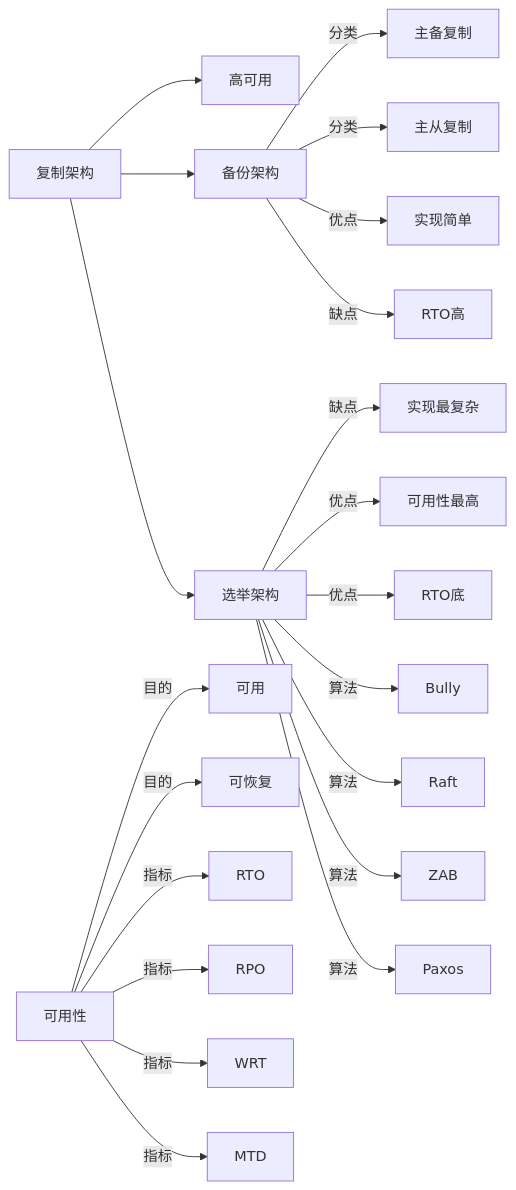
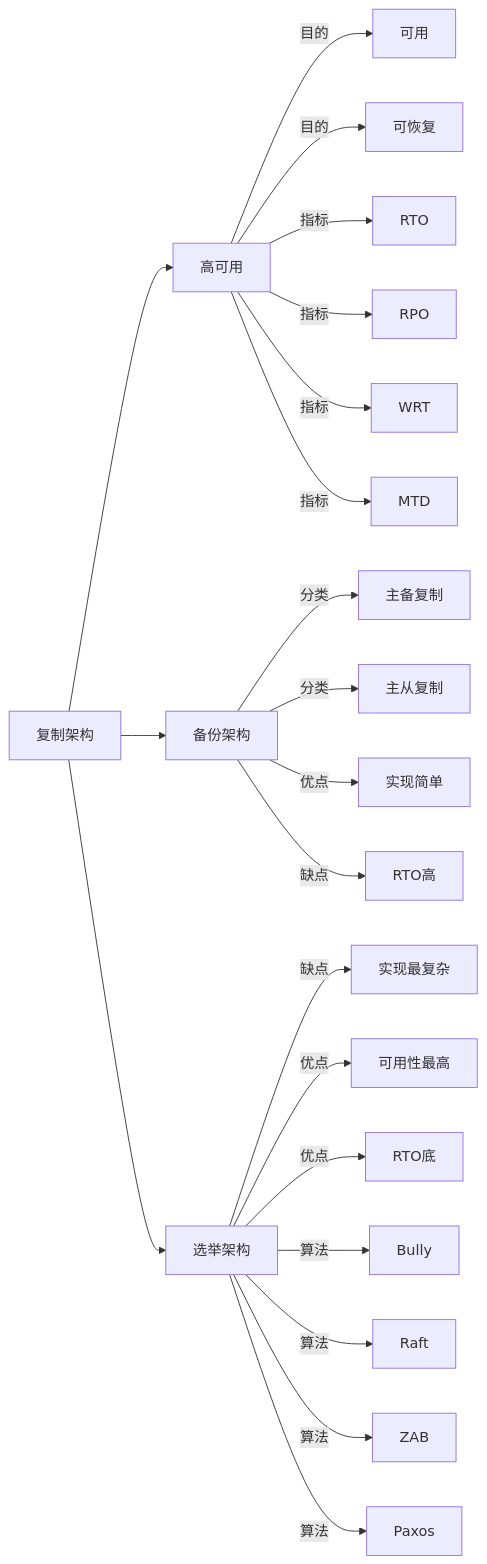
The first of 8 diagrams in 架构实战营/20_存储架构模式之复制架构.md (1005281342/gosteady), drawn with Mermaid before and after one commit. The commit also changed other lines of this file, not shown here.

Commit message:
高可用

````diff
--- a/架构实战营/20_存储架构模式之复制架构.md
+++ b/架构实战营/20_存储架构模式之复制架构.md
@@ -1,27 +1,26 @@
 ```mermaid
 graph LR
 复制架构 --> 高可用
 复制架构 --> 备份架构
 复制架构 --> 选举架构
 
-可用性 -- 目的 --> 可用
-可用性 -- 目的 --> 可恢复
-可用性 -- 指标 --> RTO
-可用性 -- 指标 --> RPO
-可用性 -- 指标 --> WRT
-可用性 -- 指标 --> MTD
+高可用 -- 目的 --> 可用
+高可用 -- 目的 --> 可恢复
+高可用 -- 指标 --> RTO
+高可用 -- 指标 --> RPO
+高可用 -- 指标 --> WRT
+高可用 -- 指标 --> MTD
 
 备份架构 -- 分类 --> 主备复制
 备份架构 -- 分类 --> 主从复制
 备份架构 -- 优点 --> 实现简单
 备份架构 -- 缺点 --> RTO高
 
 选举架构 -- 缺点 --> 实现最复杂
 选举架构 -- 优点 --> 可用性最高
 选举架构 -- 优点 --> RTO底
-
 选举架构 -- 算法 --> Bully
 选举架构 -- 算法 --> Raft
 选举架构 -- 算法 --> ZAB
 选举架构 -- 算法 --> Paxos
 ```
````
